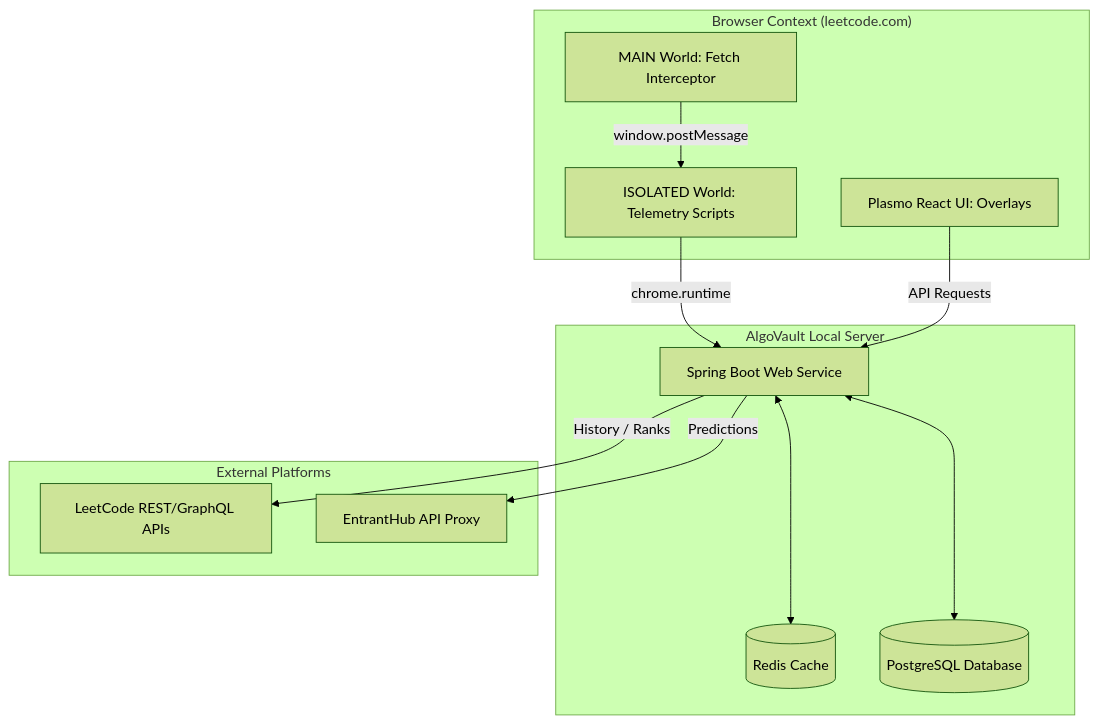
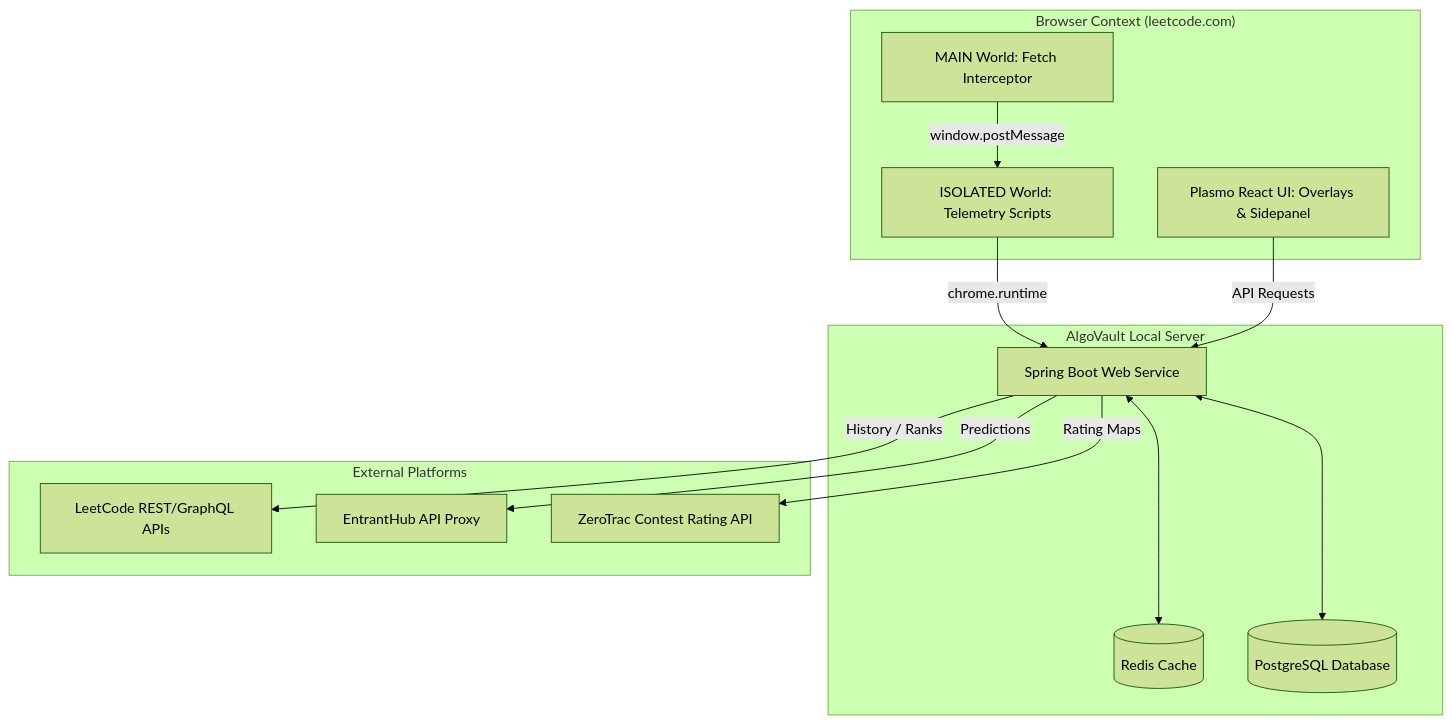
The diagram in README.md (Nerver-zip/AlgoVault), drawn with Mermaid (forest theme) before and after one commit. The commit also changed other lines of this file and 42 other files, not shown here.

````diff
--- a/README.md
+++ b/README.md
@@ -134,27 +133,29 @@
 ```mermaid
 graph TD
     subgraph "Browser Context (leetcode.com)"
         MAIN[MAIN World: Fetch Interceptor]
         ISOLATED[ISOLATED World: Telemetry Scripts]
-        UI[Plasmo React UI: Overlays]
+        UI[Plasmo React UI: Overlays & Sidepanel]
     end
 
     subgraph AlgoVault Local Server
         SRV[Spring Boot Web Service]
         Redis[(Redis Cache)]
         DB[(PostgreSQL Database)]
     end
 
     subgraph External Platforms
         LC[LeetCode REST/GraphQL APIs]
         EH[EntrantHub API Proxy]
+        ZT[ZeroTrac Contest Rating API]
     end
 
     MAIN -->|window.postMessage| ISOLATED
     ISOLATED -->|chrome.runtime| SRV
     UI -->|API Requests| SRV
     SRV <---> DB
     SRV <---> Redis
     SRV -->|History / Ranks| LC
     SRV -->|Predictions| EH
+    SRV -->|Rating Maps| ZT
 ```
````
